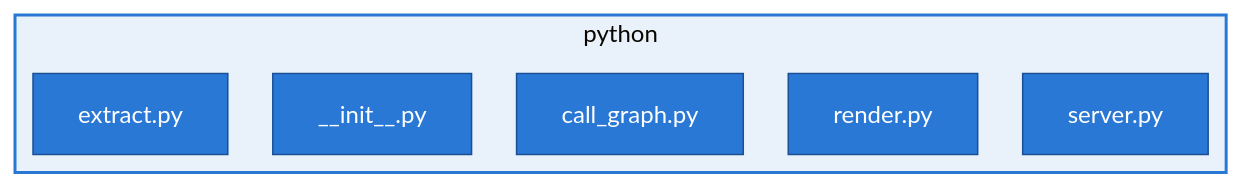
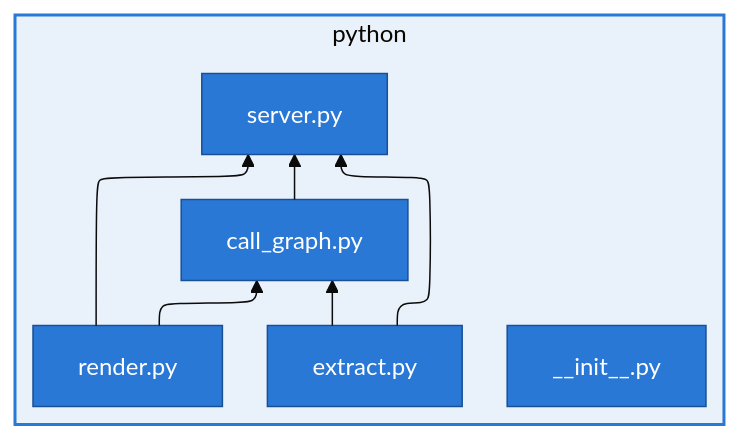
The diagram in python/dependency_graph/dependency_graph.mermaid (Siggi-SJO/Abstraction-Graphs), drawn with Mermaid (base theme) before and after one commit. The commit also changed 5 other files, not shown here.

```diff
--- a/python/dependency_graph/dependency_graph.mermaid
+++ b/python/dependency_graph/dependency_graph.mermaid
@@ -1,23 +1,28 @@
 ---
 config:
   layout: elk
 ---
 graph BT
     subgraph python["python"]
         python___init__[__init__.py]
         python_call_graph[call_graph.py]
         python_extract[extract.py]
         python_render[render.py]
         python_server[server.py]
     end
 
 
+    python_extract --> python_call_graph
+    python_render --> python_call_graph
+    python_extract --> python_server
+    python_render --> python_server
+    python_call_graph --> python_server
 
     classDef pythonDomain fill:#2a78d6,stroke:#184f95,color:#ffffff,stroke-width:1px;
     classDef boundary fill:#f5f5f5,stroke:#999999,color:#4d4d4d,stroke-width:1px;
     classDef broken fill:#d03b3b,stroke:#8a1f1f,stroke-dasharray: 2 2,color:#ffffff;
     classDef export fill:#4a3aa7,stroke:#2f2569,color:#ffffff,stroke-width:1px;
 
     class python___init__,python_call_graph,python_extract,python_render,python_server pythonDomain
 
     style python fill:#e9f1fa,stroke:#2a78d6,stroke-width:2px;
```
